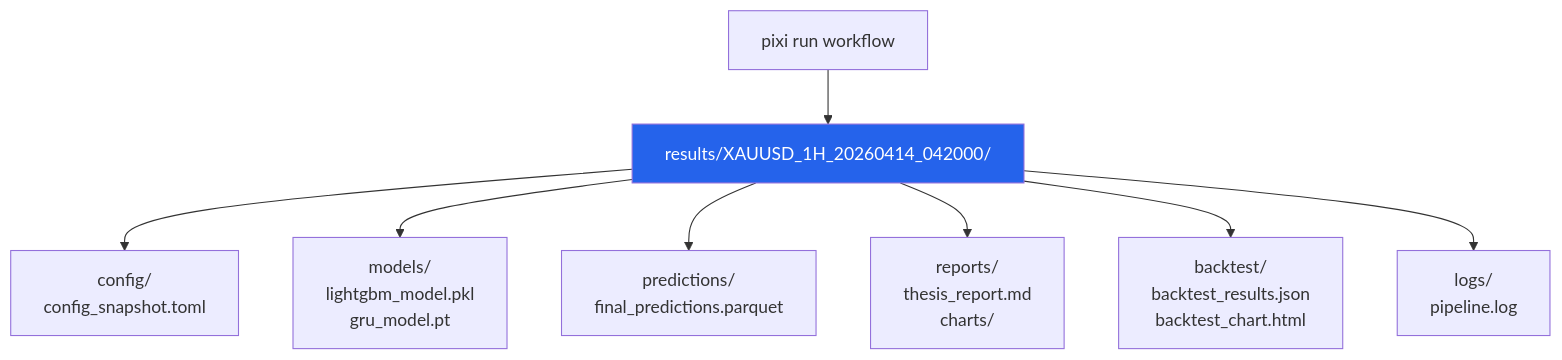
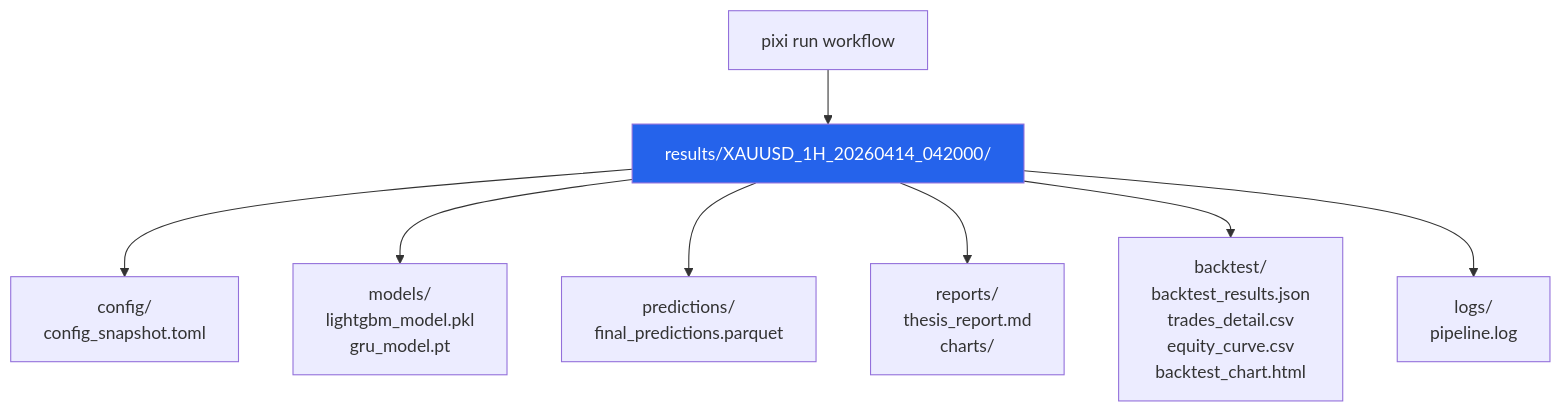
One commit to ultimateBroK/thesis-hybrid-stacking changed the seventh of 7 diagrams in docs/ARCHITECTURE.md. Above: the diagram before and after it, drawn with Mermaid. The commit also changed other lines of this file and 27 other files, not shown here.

````diff
--- a/docs/ARCHITECTURE.md
+++ b/docs/ARCHITECTURE.md
@@ -253,13 +280,13 @@
 ```mermaid
 flowchart TD
     RUN["pixi run workflow"] --> SESSION["results/XAUUSD_1H_20260414_042000/"]
 
     SESSION --> CFG["config/<br/>config_snapshot.toml"]
     SESSION --> MOD["models/<br/>lightgbm_model.pkl<br/>gru_model.pt"]
     SESSION --> PRED["predictions/<br/>final_predictions.parquet"]
     SESSION --> REP["reports/<br/>thesis_report.md<br/>charts/"]
-    SESSION --> BT["backtest/<br/>backtest_results.json<br/>backtest_chart.html"]
+    SESSION --> BT["backtest/<br/>backtest_results.json<br/>trades_detail.csv<br/>equity_curve.csv<br/>backtest_chart.html"]
     SESSION --> LOG["logs/<br/>pipeline.log"]
 
     style SESSION fill:#2563EB,color:#fff
 ```
````
